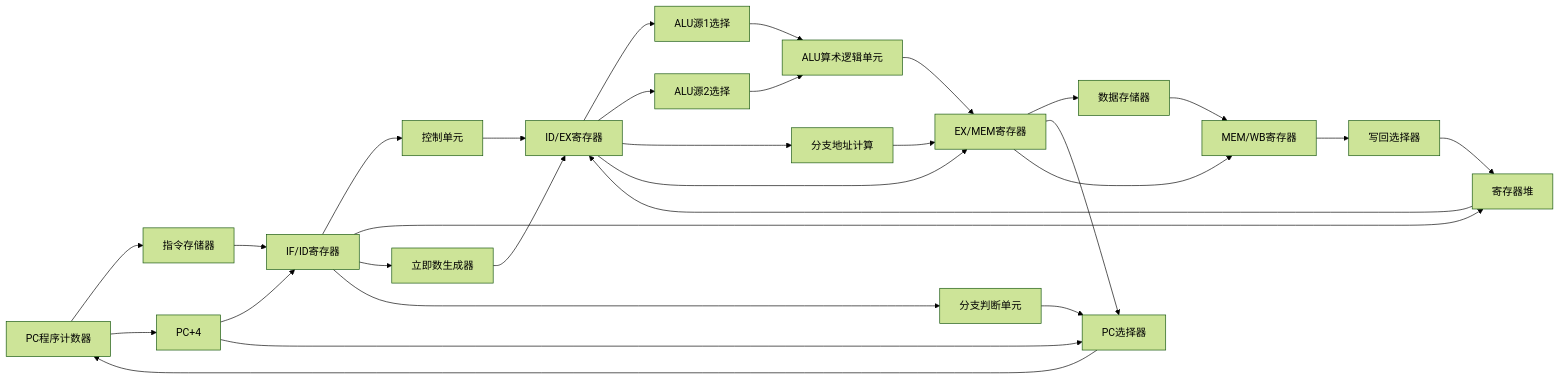
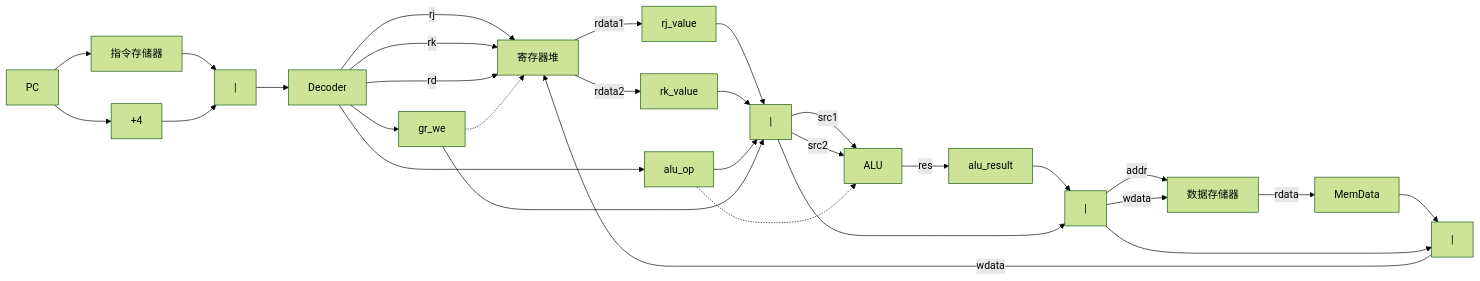
The diagram in riscv_datapath.md (zhangjiaqizaza/riscv-datapath), drawn with Mermaid (forest theme) before and after one commit. The commit also changed 1 other file, not shown here.

````diff
--- a/riscv_datapath.md
+++ b/riscv_datapath.md
@@ -3,41 +3,55 @@
 ```mermaid
 flowchart LR
-    PC[PC程序计数器] --> InstrMem[指令存储器]
-    PC --> PCAdd[PC+4]
+    %% IF阶段
+    PC[PC] --> InstMem[指令存储器]
+    PC --> Add4[+4]
     
-    InstrMem --> IFIDReg[IF/ID寄存器]
-    PCAdd --> IFIDReg
+    %% 流水线寄存器用竖线表示
+    InstMem --> PipeIF["|"]
+    Add4 --> PipeIF
     
-    IFIDReg --> Control[控制单元]
-    IFIDReg --> RegFile[寄存器堆]
-    IFIDReg --> ImmGen[立即数生成器]
-    IFIDReg --> BranchUnit[分支判断单元]
+    %% ID阶段
+    PipeIF --> Decoder[Decoder]
+    Decoder --> |rj| RegFile[寄存器堆]
+    Decoder --> |rk| RegFile
+    Decoder --> |rd| RegFile
     
-    Control --> IDEXReg[ID/EX寄存器]
-    RegFile --> IDEXReg
-    ImmGen --> IDEXReg
+    %% 寄存器堆输出
+    RegFile --> |rdata1| RjVal[rj_value]
+    RegFile --> |rdata2| RkVal[rk_value]
     
-    IDEXReg --> ALUSrc1[ALU源1选择]
-    IDEXReg --> ALUSrc2[ALU源2选择]
-    ALUSrc1 --> ALU[ALU算术逻辑单元]
-    ALUSrc2 --> ALU
+    %% 控制信号
+    Decoder --> ALUOpSig[alu_op]
+    Decoder --> RegWESig[gr_we]
     
-    IDEXReg --> BranchAddr[分支地址计算]
+    %% ID/EX流水线寄存器
+    RjVal --> PipeID["|"]
+    RkVal --> PipeID
+    ALUOpSig --> PipeID
+    RegWESig --> PipeID
     
-    ALU --> EXMEMReg[EX/MEM寄存器]
-    BranchAddr --> EXMEMReg
-    IDEXReg --> EXMEMReg
+    %% EX阶段
+    PipeID --> |src1| ALU[ALU]
+    PipeID --> |src2| ALU
+    ALU --> |res| ALUResult[alu_result]
     
-    EXMEMReg --> DataMem[数据存储器]
-    EXMEMReg --> PCMux[PC选择器]
-    PCAdd --> PCMux
+    %% EX/MEM流水线寄存器
+    ALUResult --> PipeEX["|"]
+    PipeID --> PipeEX
     
-    DataMem --> MEMWBReg[MEM/WB寄存器]
-    EXMEMReg --> MEMWBReg
+    %% MEM阶段
+    PipeEX --> |addr| DataMem[数据存储器]
+    PipeEX --> |wdata| DataMem
+    DataMem --> |rdata| MemData
     
-    MEMWBReg --> WBMux[写回选择器]
-    WBMux --> RegFile
+    %% MEM/WB流水线寄存器
+    MemData --> PipeMEM["|"]
+    PipeEX --> PipeMEM
     
-    PCMux --> PC
-    BranchUnit --> PCMux
+    %% WB阶段
+    PipeMEM --> |wdata| RegFile
+    
+    %% 控制信号传递（蓝色线）
+    ALUOpSig -.-> ALU
+    RegWESig -.-> RegFile
 ```
````
